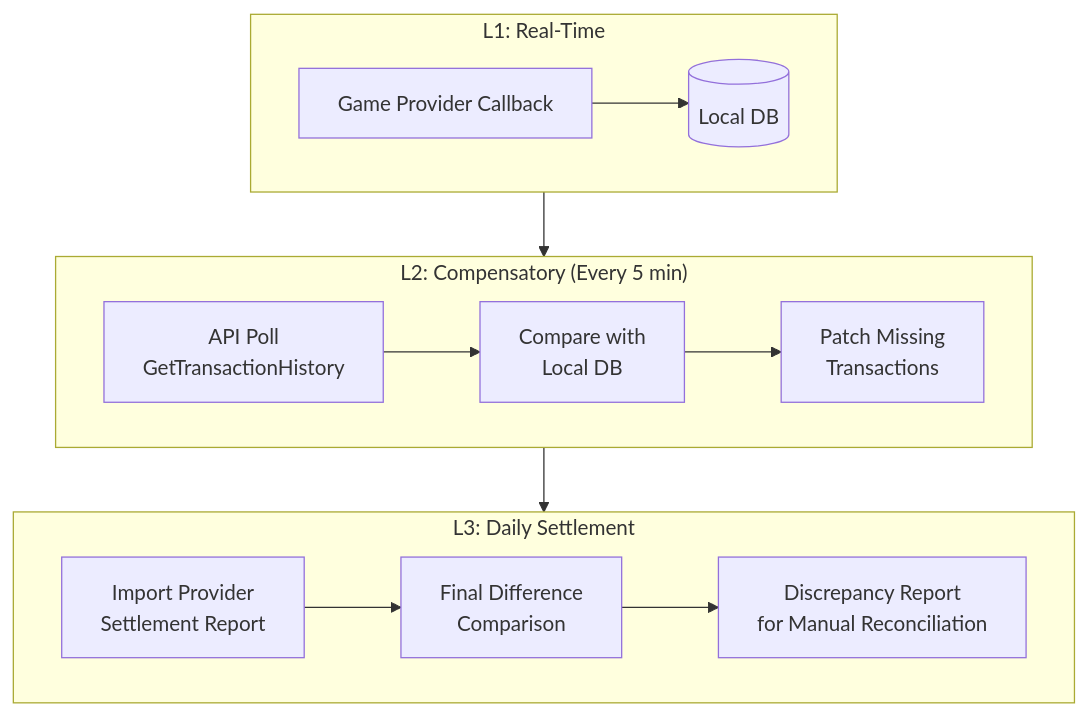
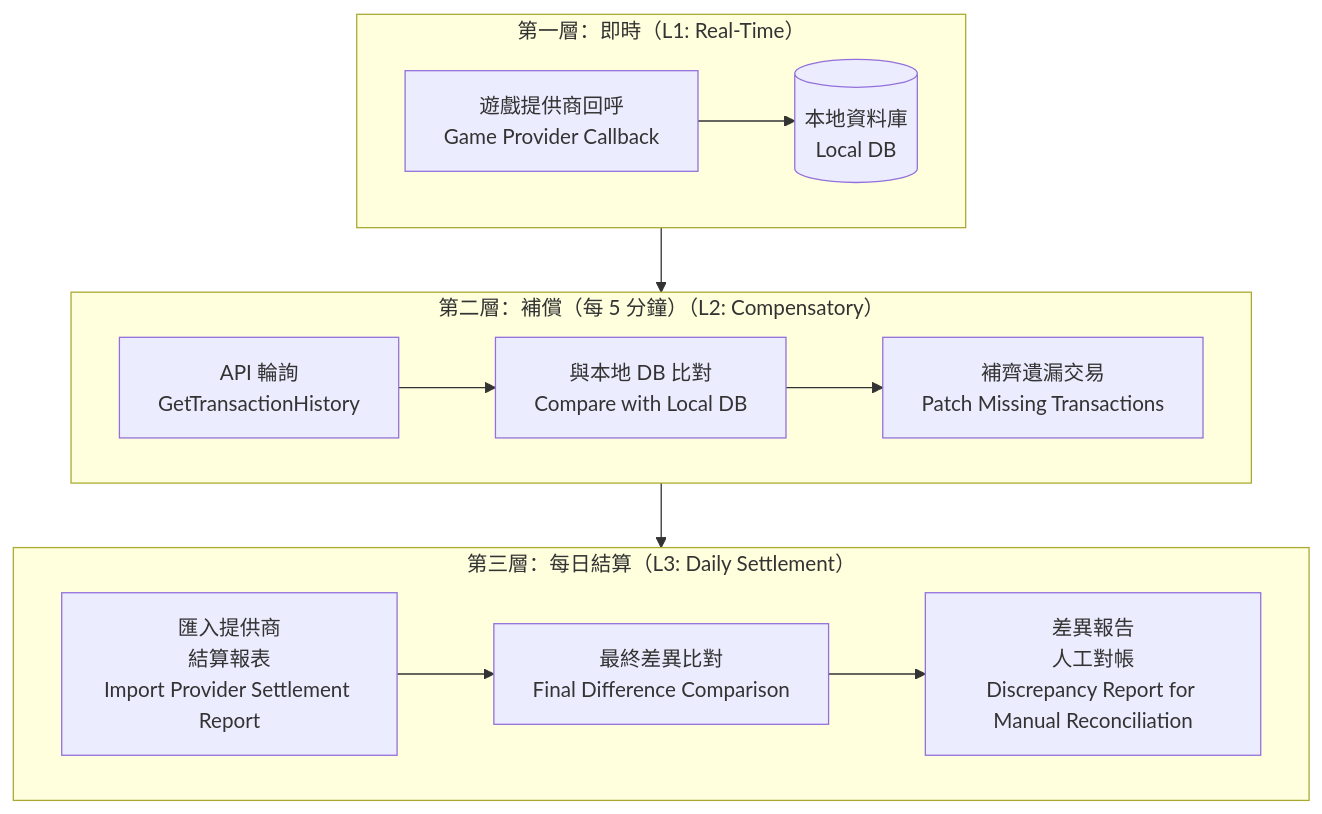
One commit to ron03wlb/smart-admin changed the sixth of 12 diagrams in docs/iGaming/architecture/00_Overview/Platform_Architecture.md. Above: the diagram before and after it, drawn with Mermaid. The commit also changed other lines of this file, not shown here.

First line of the commit message:
docs(iGaming): translate Platform_Architecture.md to Traditional Chinese

````diff
--- a/docs/iGaming/architecture/00_Overview/Platform_Architecture.md
+++ b/docs/iGaming/architecture/00_Overview/Platform_Architecture.md
@@ -304,18 +304,18 @@
 ```mermaid
 flowchart TB
-    subgraph L1["L1: Real-Time"]
-        CB[Game Provider Callback] --> LOCAL_DB[(Local DB)]
+    subgraph L1["第一層：即時（L1: Real-Time）"]
+        CB[遊戲提供商回呼<br/>Game Provider Callback] --> LOCAL_DB[(本地資料庫<br/>Local DB)]
     end
 
-    subgraph L2["L2: Compensatory (Every 5 min)"]
-        POLL[API Poll<br/>GetTransactionHistory] --> COMPARE[Compare with<br/>Local DB]
-        COMPARE --> PATCH[Patch Missing<br/>Transactions]
+    subgraph L2["第二層：補償（每 5 分鐘）（L2: Compensatory）"]
+        POLL[API 輪詢<br/>GetTransactionHistory] --> COMPARE[與本地 DB 比對<br/>Compare with Local DB]
+        COMPARE --> PATCH[補齊遺漏交易<br/>Patch Missing Transactions]
     end
 
-    subgraph L3["L3: Daily Settlement"]
-        IMPORT[Import Provider<br/>Settlement Report] --> DIFF[Final Difference<br/>Comparison]
-        DIFF --> REPORT[Discrepancy Report<br/>for Manual Reconciliation]
+    subgraph L3["第三層：每日結算（L3: Daily Settlement）"]
+        IMPORT[匯入提供商<br/>結算報表<br/>Import Provider Settlement Report] --> DIFF[最終差異比對<br/>Final Difference Comparison]
+        DIFF --> REPORT[差異報告<br/>人工對帳<br/>Discrepancy Report for Manual Reconciliation]
     end
 
     L1 --> L2 --> L3
 ```
````
